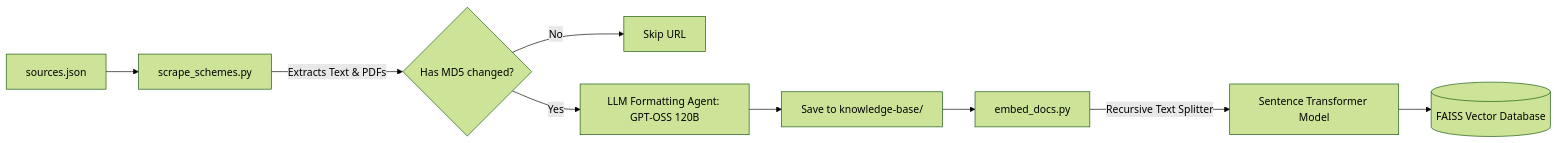
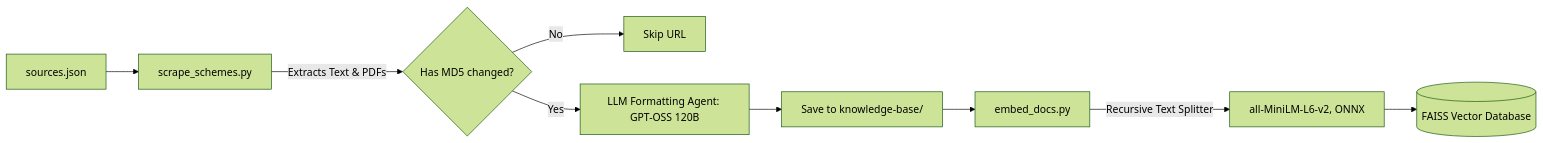
One commit to deeptiprasadd/disability-schemes-chatbot changed the diagram in docs/data_agents.md. Above: the diagram before and after it, drawn with Mermaid (forest theme). The commit also changed other lines of this file and 7 other files, not shown here.

````diff
--- a/docs/data_agents.md
+++ b/docs/data_agents.md
@@ -15,11 +15,11 @@
 ```mermaid
 flowchart LR
     Sources[sources.json] --> ScrapeAgent[scrape_schemes.py]
     ScrapeAgent -->|Extracts Text & PDFs| HashCheck{Has MD5 changed?}
     HashCheck -->|No| Skip[Skip URL]
     HashCheck -->|Yes| LLM[LLM Formatting Agent: GPT-OSS 120B]
     LLM --> Write[Save to knowledge-base/]
     Write --> IndexAgent[embed_docs.py]
-    IndexAgent -->|Recursive Text Splitter| Embed[Sentence Transformer Model]
+    IndexAgent -->|Recursive Text Splitter| Embed[all-MiniLM-L6-v2, ONNX]
     Embed --> DB[(FAISS Vector Database)]
 ```
````
